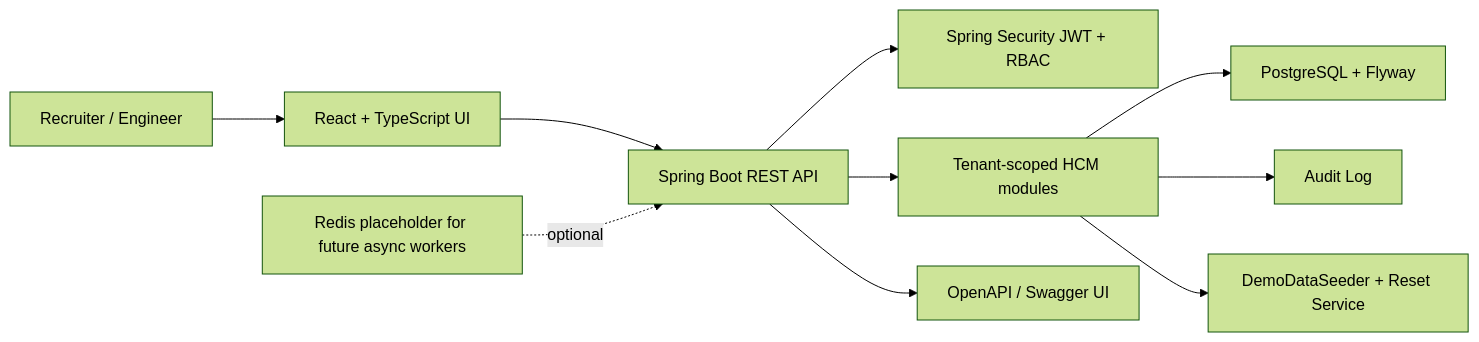
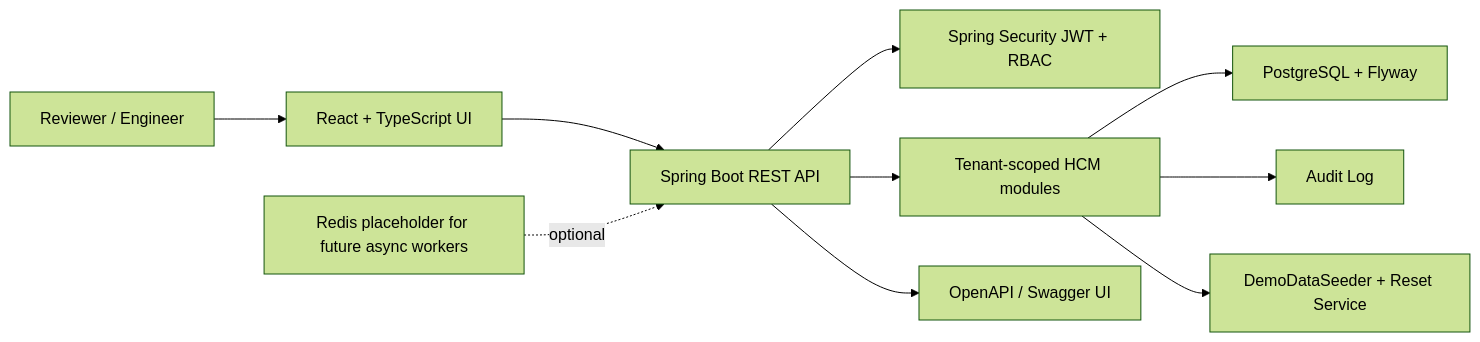
One commit to EiadSS/HCM-Platform changed the diagram in README.md. Above: the diagram before and after it, drawn with Mermaid (forest theme). The commit also changed other lines of this file and 10 other files, not shown here.

````diff
--- a/README.md
+++ b/README.md
@@ -59,12 +59,12 @@
 ```mermaid
 flowchart LR
-    Recruiter["Recruiter / Engineer"] --> React["React + TypeScript UI"]
+    Reviewer["Reviewer / Engineer"] --> React["React + TypeScript UI"]
     React --> API["Spring Boot REST API"]
     API --> Security["Spring Security JWT + RBAC"]
     API --> Domain["Tenant-scoped HCM modules"]
     Domain --> Postgres["PostgreSQL + Flyway"]
     Domain --> Audit["Audit Log"]
     Domain --> Seed["DemoDataSeeder + Reset Service"]
     API --> Swagger["OpenAPI / Swagger UI"]
     Redis["Redis placeholder for future async workers"] -. optional .-> API
 ```
````
